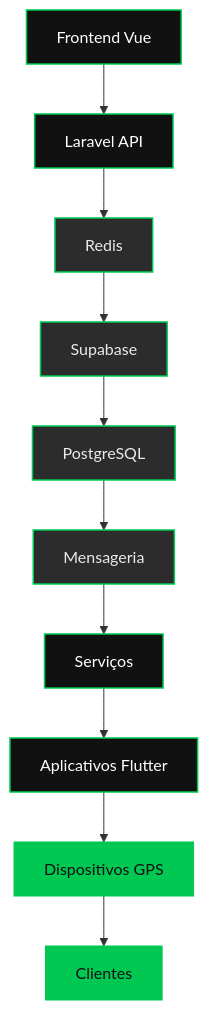
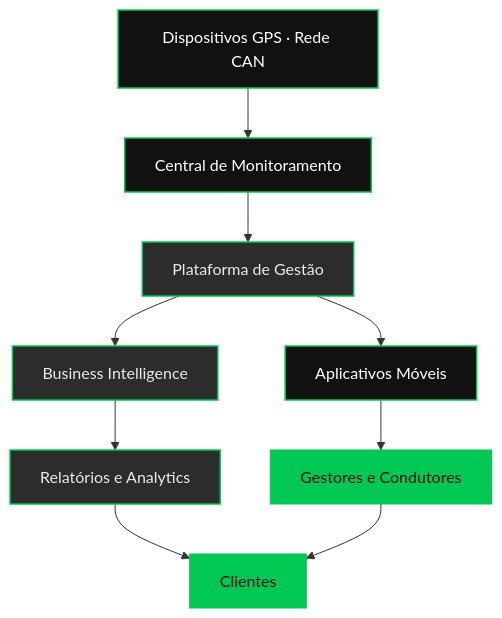
One commit to Daniel061202/Daniel061202 changed the diagram in README.md. Above: the diagram before and after it, drawn with Mermaid. The commit also changed other lines of this file, not shown here.

````diff
--- a/README.md
+++ b/README.md
@@ -236,19 +174,18 @@
 ```mermaid
 flowchart TD
-    A["Frontend Vue"] --> B["Laravel API"]
-    B --> C["Redis"]
-    C --> D["Supabase"]
-    D --> E["PostgreSQL"]
-    E --> F["Mensageria"]
-    F --> G["Serviços"]
-    G --> H["Aplicativos Flutter"]
-    H --> I["Dispositivos GPS"]
-    I --> J["Clientes"]
+    A["Dispositivos GPS · Rede CAN"] --> B["Central de Monitoramento"]
+    B --> C["Plataforma de Gestão"]
+    C --> D["Business Intelligence"]
+    C --> E["Aplicativos Móveis"]
+    D --> F["Relatórios e Analytics"]
+    E --> G["Gestores e Condutores"]
+    F --> H["Clientes"]
+    G --> H
 
     classDef base fill:#111111,stroke:#00C853,stroke-width:1.5px,color:#FFFFFF;
     classDef data fill:#2C2C2C,stroke:#00C853,stroke-width:1.5px,color:#EAEAEA;
     classDef edge fill:#00C853,stroke:#00C853,color:#111111;
-    class A,B,G,H base;
-    class C,D,E,F data;
-    class I,J edge;
+    class A,B,E base;
+    class C,D,F data;
+    class G,H edge;
 ```
````
